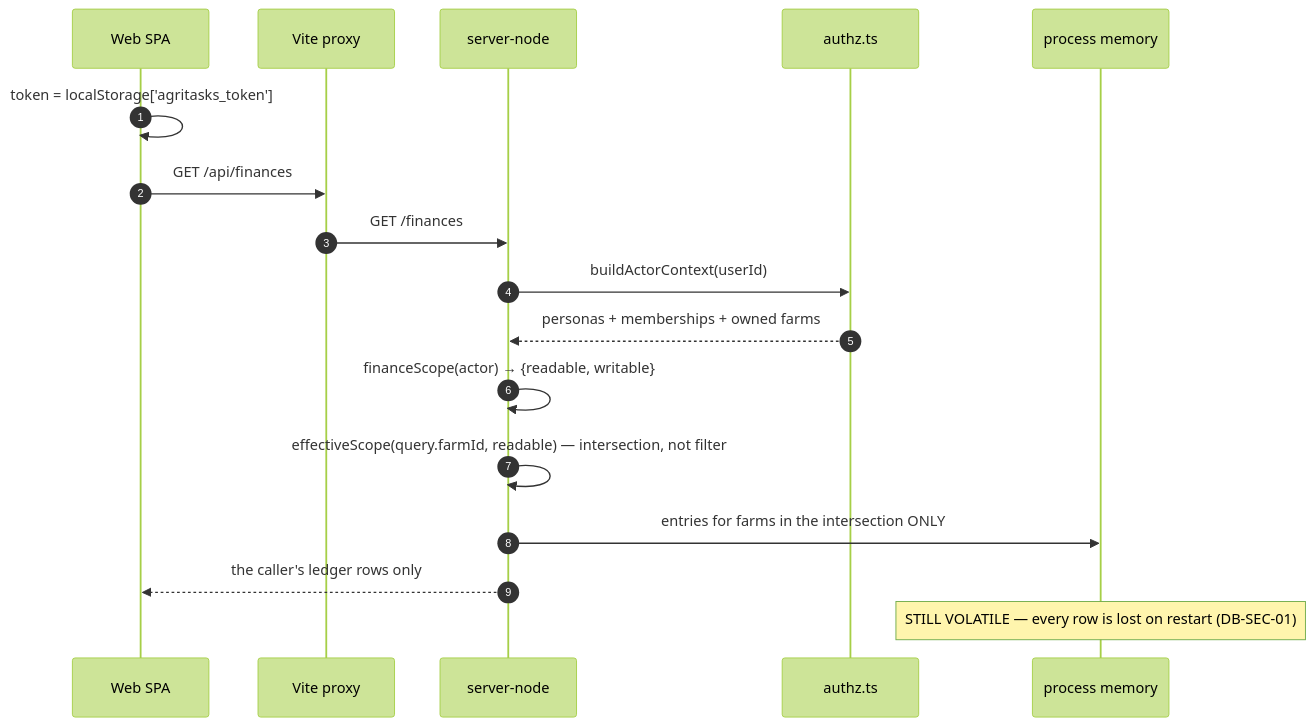
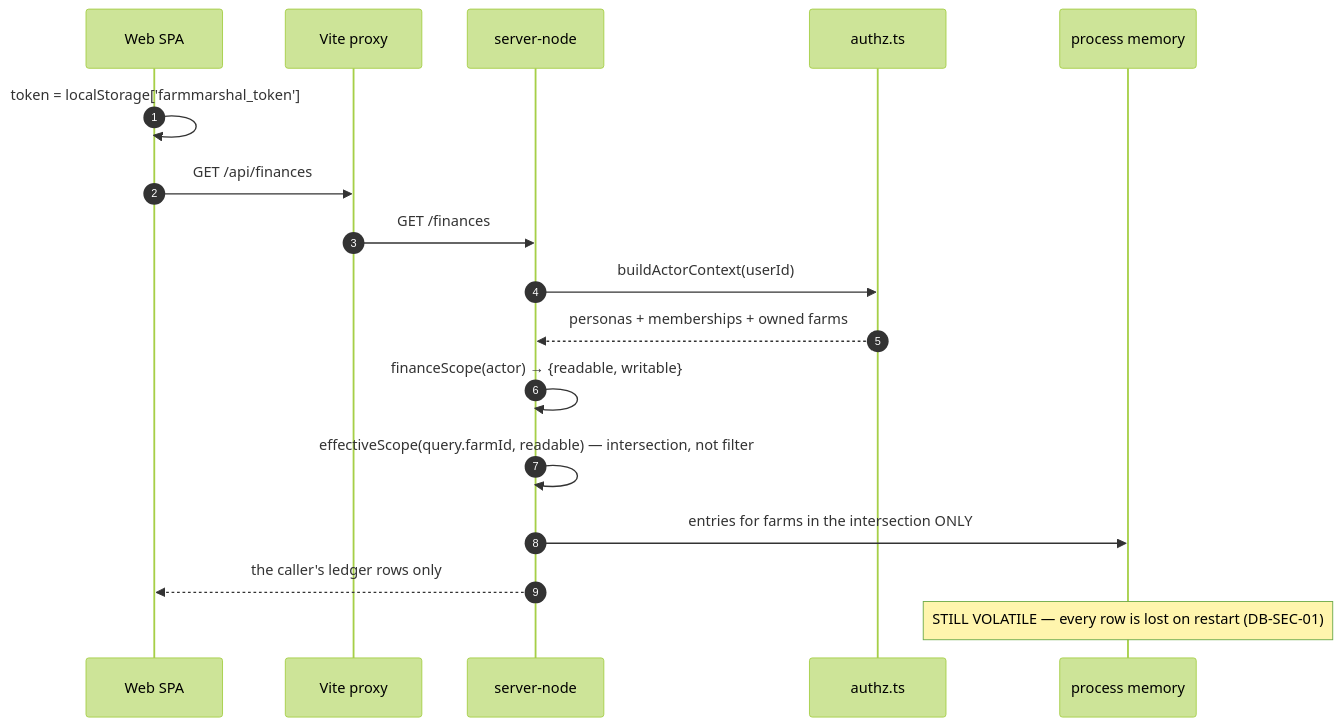
One commit to AhmedRefaat/FarmMarshal changed the fourth of 9 diagrams in specs/DATABASE_INTEGRATION_TRACEABILITY.md. Above: the diagram before and after it, drawn with Mermaid (forest theme). The commit also changed other lines of this file and 64 other files, not shown here.

````diff
--- a/specs/DATABASE_INTEGRATION_TRACEABILITY.md
+++ b/specs/DATABASE_INTEGRATION_TRACEABILITY.md
@@ -461,19 +461,19 @@
 ```mermaid
 sequenceDiagram
     autonumber
     participant W as Web SPA
     participant V as Vite proxy
     participant N as server-node
     participant AZ as authz.ts
     participant MEM as process memory
-    W->>W: token = localStorage['agritasks_token']
+    W->>W: token = localStorage['farmmarshal_token']
     W->>V: GET /api/finances
     V->>N: GET /finances
     N->>AZ: buildActorContext(userId)
     AZ-->>N: personas + memberships + owned farms
     N->>N: financeScope(actor) → {readable, writable}
     N->>N: effectiveScope(query.farmId, readable) — intersection, not filter
     N->>MEM: entries for farms in the intersection ONLY
     N-->>W: the caller's ledger rows only
     Note over MEM: STILL VOLATILE — every row is lost on restart (DB-SEC-01)
 ```
````
